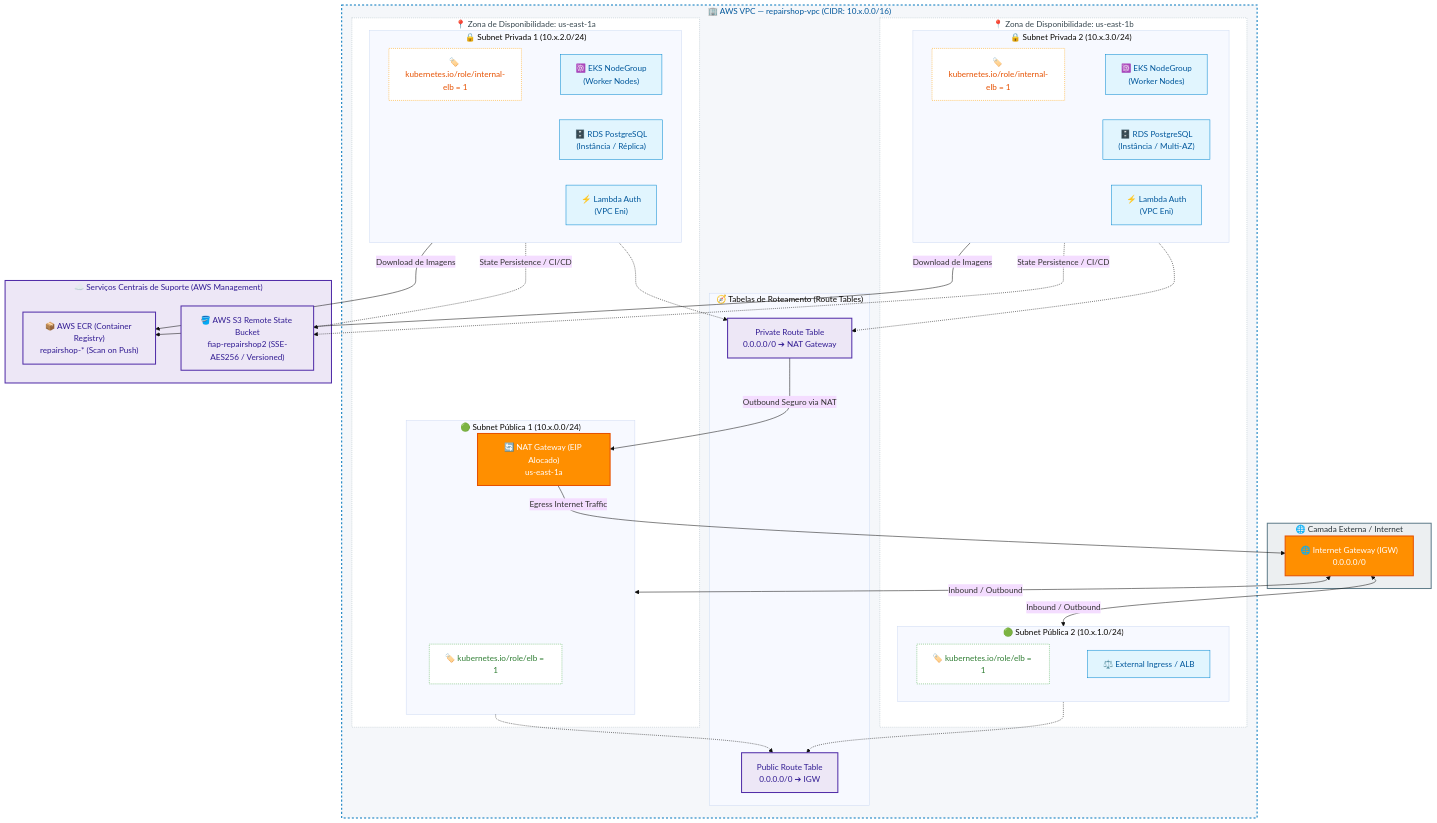
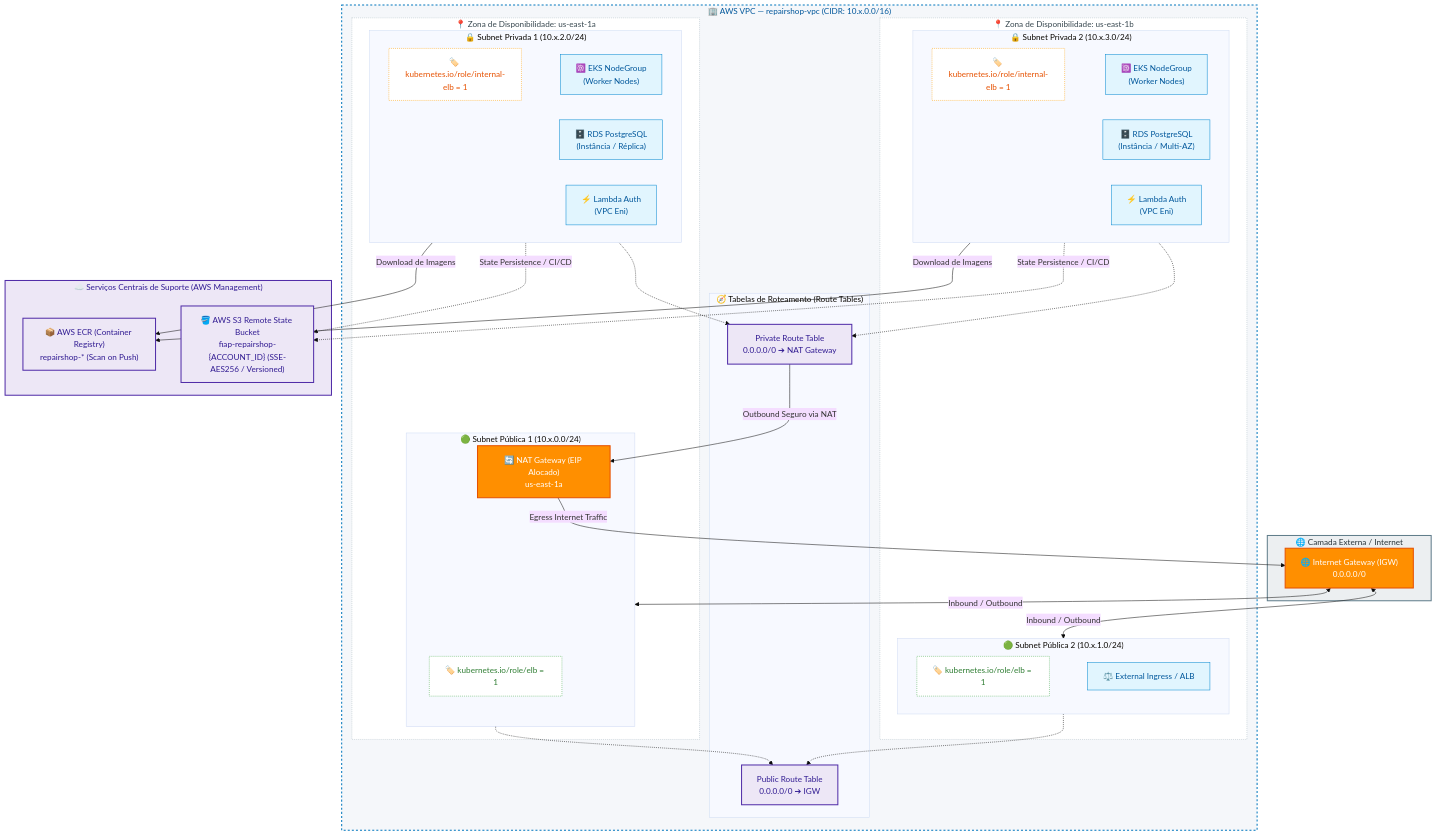
The first of 3 diagrams in README.md (tech-challenge-fiap-repairshop/tech-challenge-repairshop-infra-network), drawn with Mermaid (base theme) before and after one commit. The commit also changed other lines of this file and 3 other files, not shown here.

Commit message:
feat(ci): resolve terraform state bucket dynamically by AWS account id

```diff
--- a/README.md
+++ b/README.md
@@ -93,7 +93,7 @@
 
     subgraph GlobalAWS["☁️ Serviços Centrais de Suporte (AWS Management)"]
         ECR["📦 AWS ECR (Container Registry)\nrepairshop-* (Scan on Push)"]
-        S3Bucket["🪣 AWS S3 Remote State Bucket\nfiap-repairshop2 (SSE-AES256 / Versioned)"]
+        S3Bucket["🪣 AWS S3 Remote State Bucket\nfiap-repairshop-{ACCOUNT_ID} (SSE-AES256 / Versioned)"]
     end
     class GlobalAWS serviceStyle
     class ECR,S3Bucket serviceStyle
```
